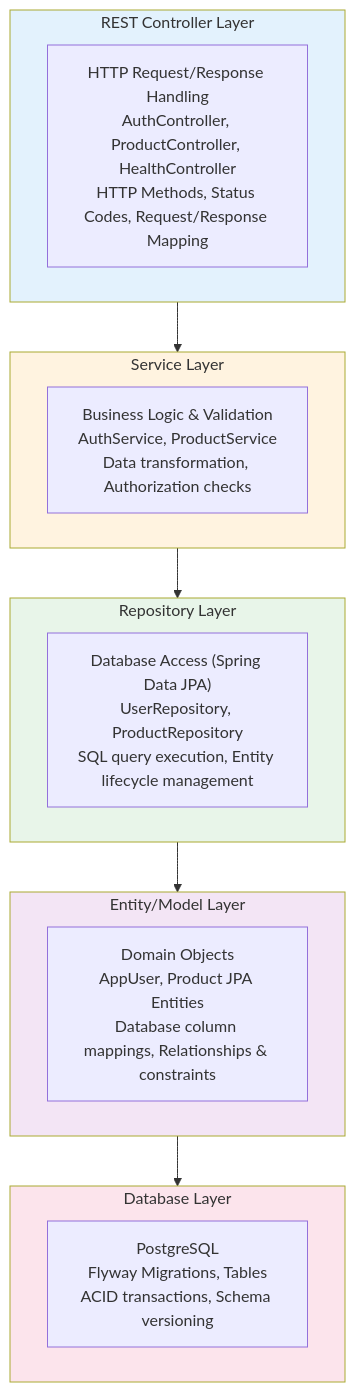
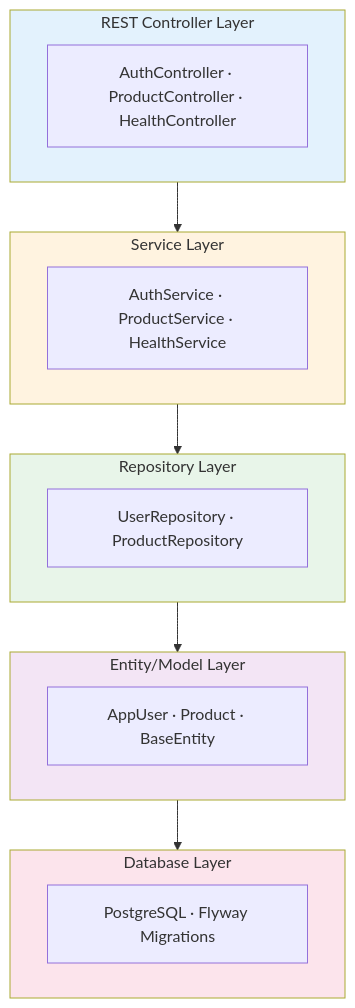
The first of 2 diagrams in docs/architecture/system/backend.md (Keglev/stockease), drawn with Mermaid before and after one commit. The commit also changed other lines of this file and 45 other files, not shown here.

Commit message:
refactored and reviewed all architecture docs; fix broken links in .html file for displaying the docs

````diff
--- a/docs/architecture/system/backend.md
+++ b/docs/architecture/system/backend.md
@@ -17,33 +11,29 @@
 ```mermaid
 graph TD
     subgraph Controller["REST Controller Layer"]
-        C1["HTTP Request/Response Handling<br/>AuthController, ProductController, HealthController<br/>HTTP Methods, Status Codes, Request/Response Mapping"]
+        C1["AuthController · ProductController · HealthController"]
     end
-    
     subgraph Service["Service Layer"]
-        S1["Business Logic & Validation<br/>AuthService, ProductService<br/>Data transformation, Authorization checks"]
+        S1["AuthService · ProductService · HealthService"]
     end
-    
     subgraph Repository["Repository Layer"]
-        R1["Database Access (Spring Data JPA)<br/>UserRepository, ProductRepository<br/>SQL query execution, Entity lifecycle management"]
+        R1["UserRepository · ProductRepository"]
     end
-    
     subgraph Entity["Entity/Model Layer"]
-        E1["Domain Objects<br/>AppUser, Product JPA Entities<br/>Database column mappings, Relationships & constraints"]
+        E1["AppUser · Product · BaseEntity"]
     end
-    
     subgraph Database["Database Layer"]
-        D1["PostgreSQL<br/>Flyway Migrations, Tables<br/>ACID transactions, Schema versioning"]
+        D1["PostgreSQL · Flyway Migrations"]
     end
-    
+
     Controller --> Service
     Service --> Repository
     Repository --> Entity
     Entity --> Database
-    
+
     style Controller fill:#e3f2fd
     style Service fill:#fff3e0
     style Repository fill:#e8f5e9
     style Entity fill:#f3e5f5
     style Database fill:#fce4ec
 ```
````
